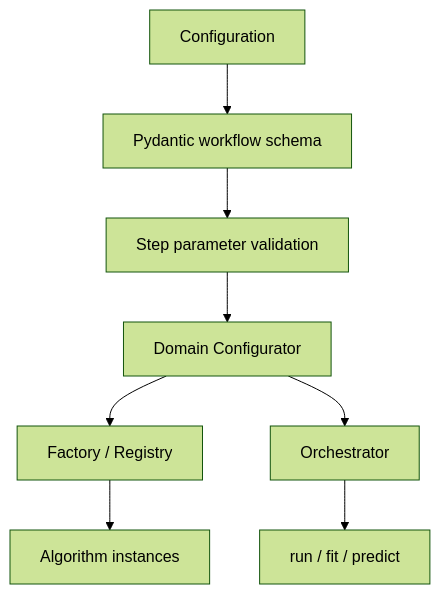
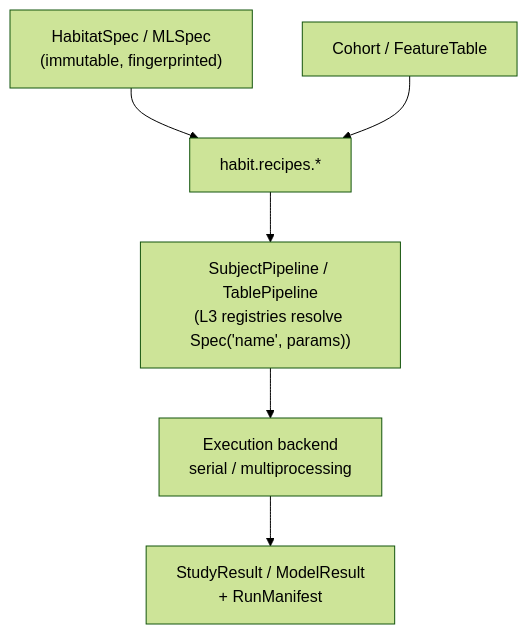
One commit to lichao312214129/HABIT changed the second of 3 diagrams in docs/source/development/architecture.rst. Above: the diagram before and after it, drawn with Mermaid (forest theme). The commit also changed other lines of this file and 13 other files, not shown here.

```diff
--- a/docs/source/development/architecture.rst
+++ b/docs/source/development/architecture.rst
@@ -48,10 +63,8 @@
 .. mermaid::
 
    flowchart TD
-     Y["Configuration"] --> S["Pydantic workflow schema"]
-     S --> V["Step parameter validation"]
-     V --> C["Domain Configurator"]
-     C --> R["Factory / Registry"]
-     R --> A["Algorithm instances"]
-     C --> O["Orchestrator"]
-     O --> X["run / fit / predict"]
+     S["HabitatSpec / MLSpec<br/>(immutable, fingerprinted)"] --> R["habit.recipes.*"]
+     C["Cohort / FeatureTable"] --> R
+     R --> P["SubjectPipeline / TablePipeline<br/>(L3 registries resolve Spec('name', params))"]
+     P --> X["Execution backend<br/>serial / multiprocessing"]
+     X --> RES["StudyResult / ModelResult<br/>+ RunManifest"]
```
